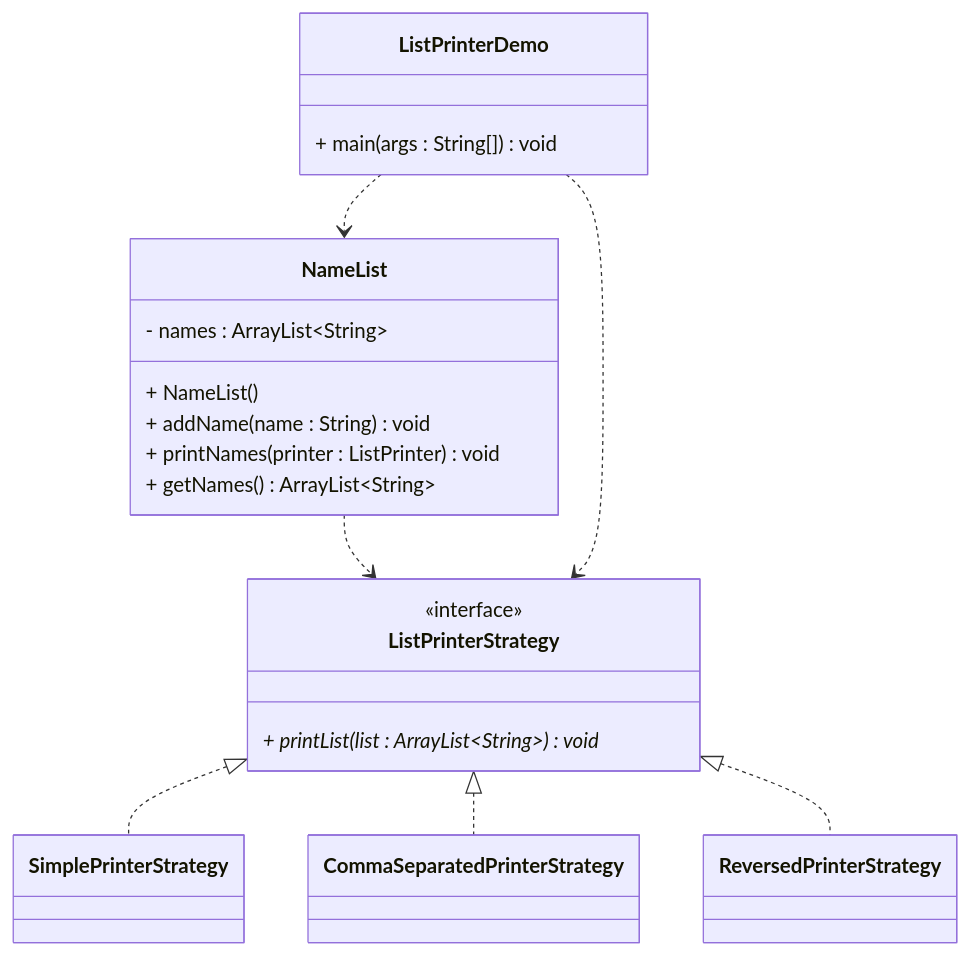
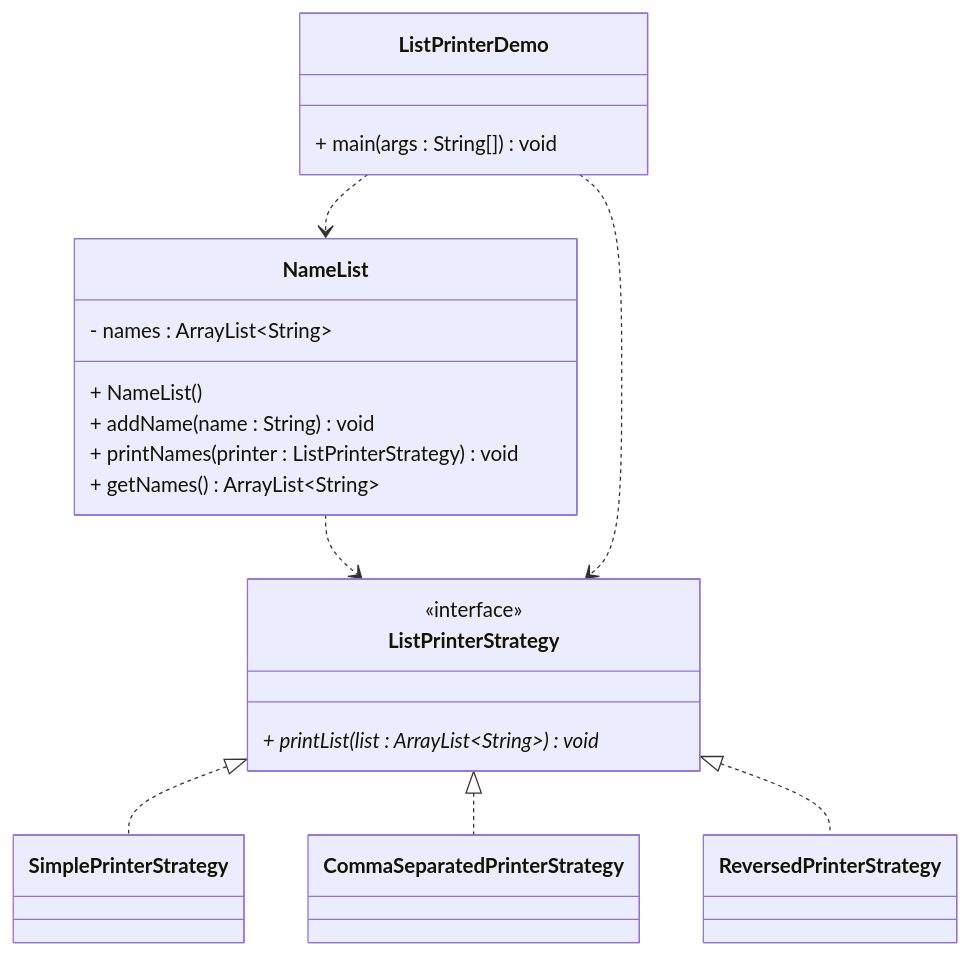
The diagram in Articles/Session 15 - Interfaces/010 Exercise - list printer.md (TroelsMortensen/Codelabs2), drawn with Mermaid before and after one commit. The commit also changed 2 other files, not shown here.

````diff
--- a/Articles/Session 15 - Interfaces/010 Exercise - list printer.md
+++ b/Articles/Session 15 - Interfaces/010 Exercise - list printer.md
@@ -18,36 +18,36 @@
 ```mermaid
 classDiagram
     class ListPrinterStrategy {
         <<interface>>
        _+ printList(list : ArrayList~String~) void_
     }
     
     class SimplePrinterStrategy {
     }
   
     class CommaSeparatedPrinterStrategy {
     }
     
     class ReversedPrinterStrategy {
         
     }
   
     class NameList {
         - names : ArrayList~String~
         + NameList()
         + addName(name : String) void
-        + printNames(printer : ListPrinter) void
+        + printNames(printer : ListPrinterStrategy) void
         + getNames() ArrayList~String~
     }
     
     class ListPrinterDemo {
         + main(args : String[]) void
     }
     
     ListPrinterStrategy <|.. SimplePrinterStrategy
     ListPrinterStrategy <|.. CommaSeparatedPrinterStrategy
     ListPrinterStrategy <|.. ReversedPrinterStrategy
     NameList ..> ListPrinterStrategy
     ListPrinterDemo ..> NameList
     ListPrinterDemo ..> ListPrinterStrategy
 ```
````
